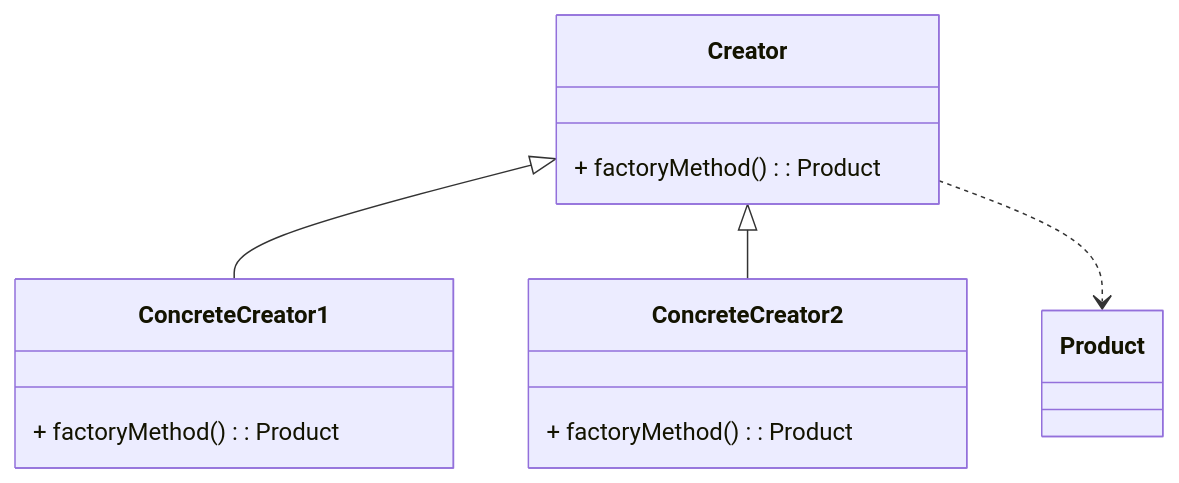
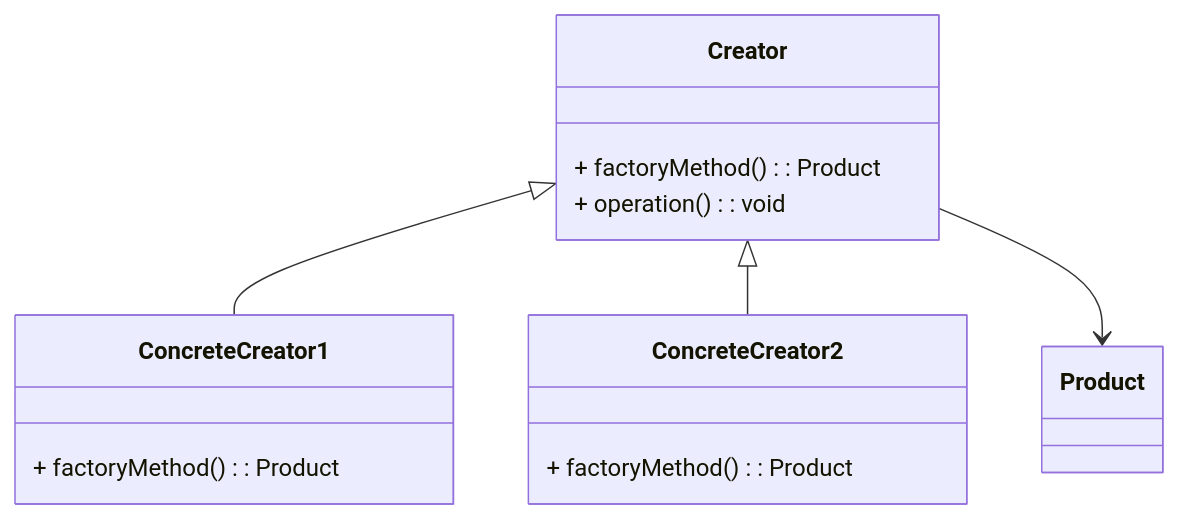
Before and after one commit to skynoid2612/design-patterns-for-clean-architecture: the diagram in md/design_pattern_Factory-Method.md, drawn with Mermaid. The commit also changed other lines of this file and 23 other files, not shown here.

````diff
--- a/md/design_pattern_Factory-Method.md
+++ b/md/design_pattern_Factory-Method.md
@@ -33,16 +35,17 @@
 ```mermaid
 classDiagram
   class Creator {
     + factoryMethod(): Product
+    + operation(): void
   }
   class ConcreteCreator1 {
     + factoryMethod(): Product
   }
   class ConcreteCreator2 {
     + factoryMethod(): Product
   }
   class Product
   Creator <|-- ConcreteCreator1
   Creator <|-- ConcreteCreator2
-  Creator ..> Product
+  Creator --> Product
 ```
````
